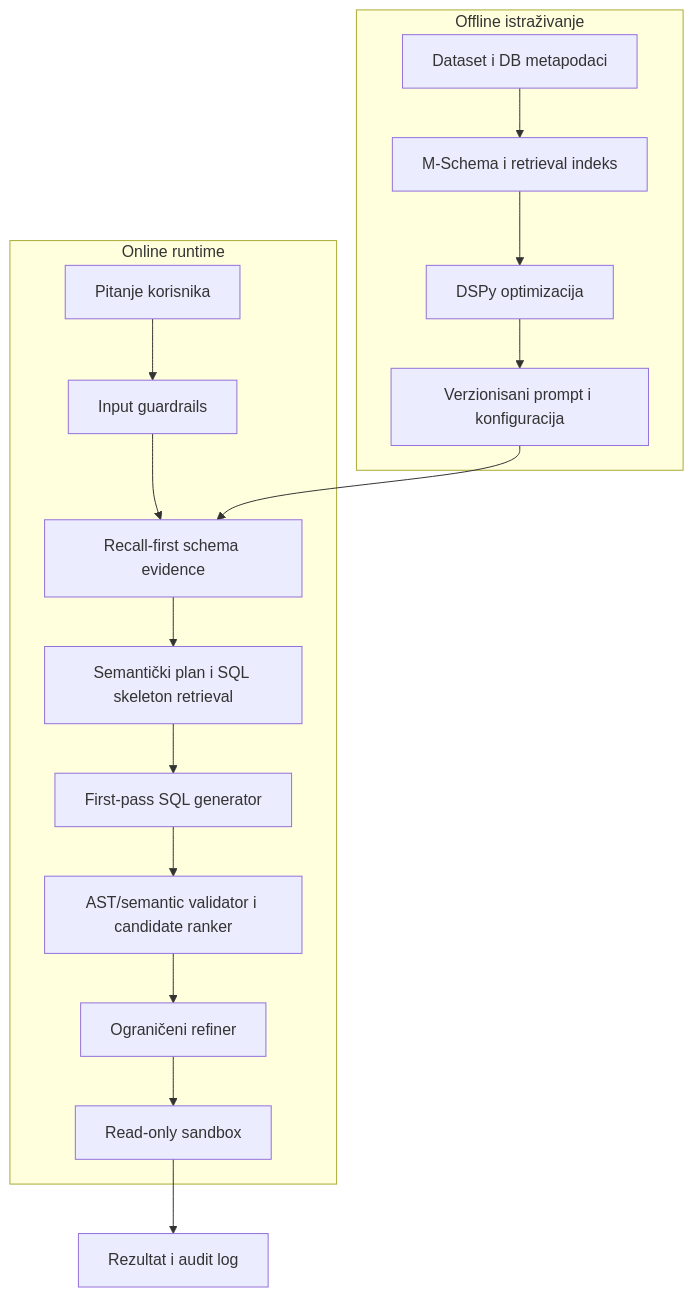
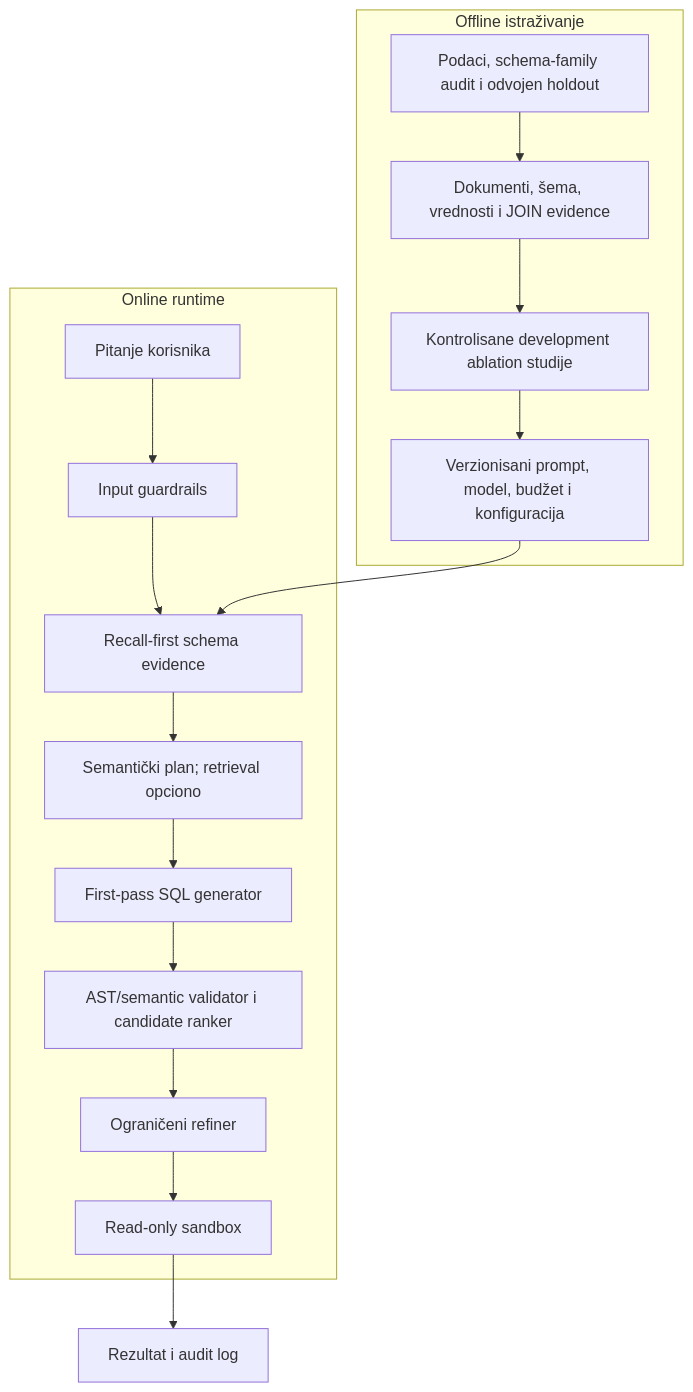
One commit to SinhroLK/text2sql changed the diagram in docs/project-plan-roadmap.md. Above: the diagram before and after it, drawn with Mermaid. The commit also changed other lines of this file and 58 other files, not shown here.

````diff
--- a/docs/project-plan-roadmap.md
+++ b/docs/project-plan-roadmap.md
@@ -108,19 +128,19 @@
 ```mermaid
 flowchart TD
     subgraph OFF["Offline istraživanje"]
-        A["Dataset i DB metapodaci"] --> B["M-Schema i retrieval indeks"]
-        B --> C["DSPy optimizacija"]
-        C --> D["Verzionisani prompt i konfiguracija"]
+        A["Podaci, schema-family audit i odvojen holdout"] --> B["Dokumenti, šema, vrednosti i JOIN evidence"]
+        B --> C["Kontrolisane development ablation studije"]
+        C --> D["Verzionisani prompt, model, budžet i konfiguracija"]
     end
     subgraph ON["Online runtime"]
         E["Pitanje korisnika"] --> F["Input guardrails"]
         F --> G["Recall-first schema evidence"]
-        G --> H["Semantički plan i SQL skeleton retrieval"]
+        G --> H["Semantički plan; retrieval opciono"]
         H --> I["First-pass SQL generator"]
         I --> J["AST/semantic validator i candidate ranker"]
         J --> K["Ograničeni refiner"]
         K --> L["Read-only sandbox"]
     end
     D --> G
     L --> M["Rezultat i audit log"]
 ```
````
